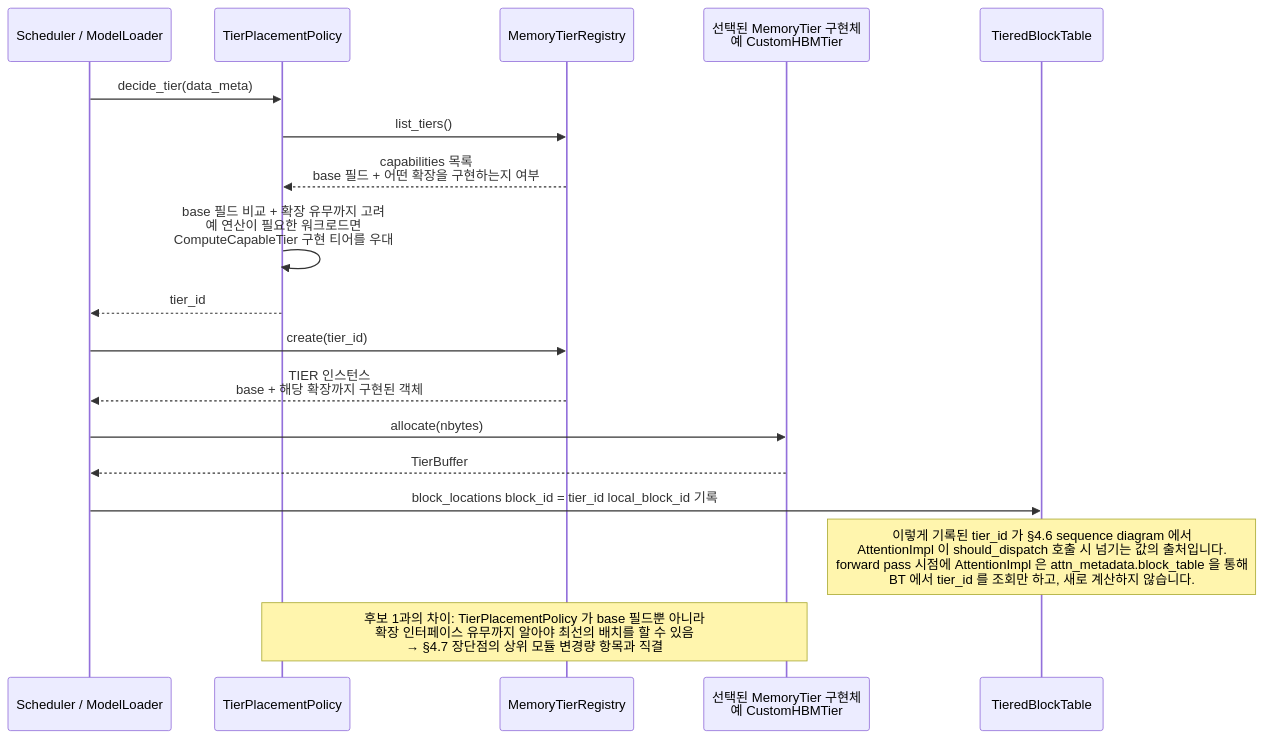
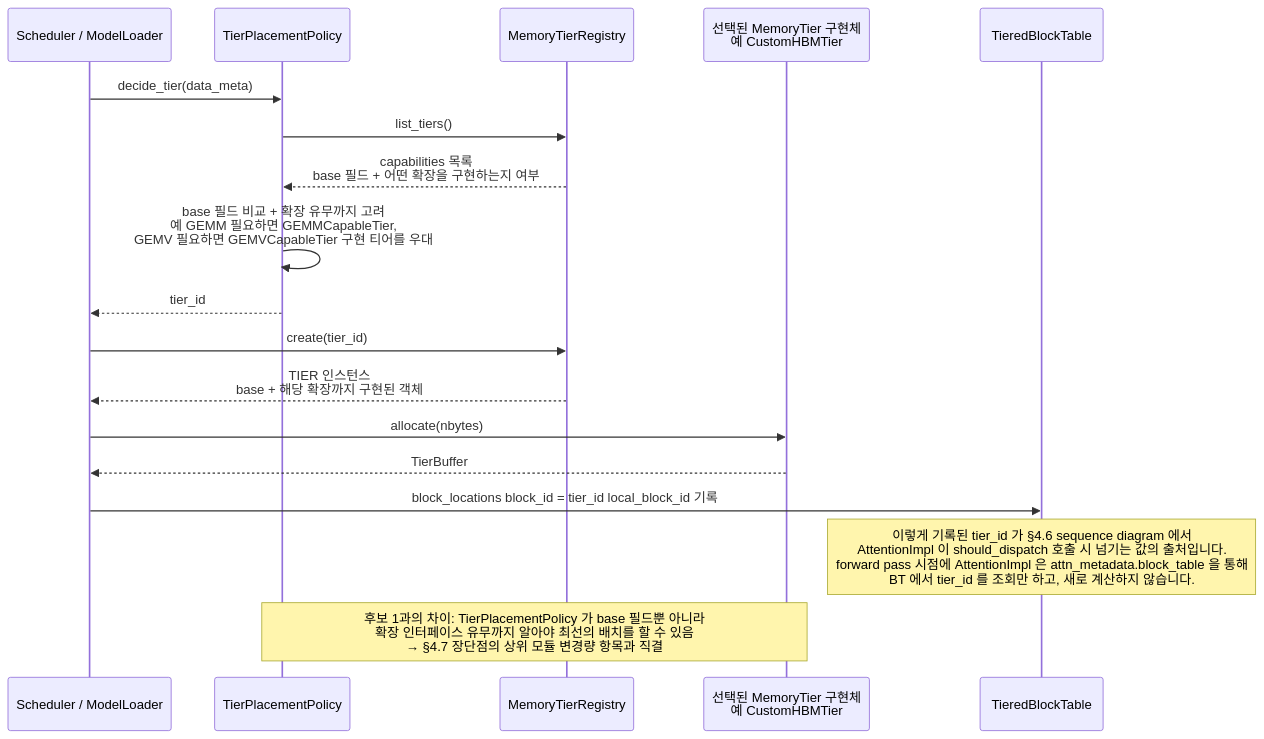
One commit to mkim0628/vllm changed the eighth of 10 diagrams in doc-mk/vllm-memory-abstraction-level-candidates.md. Above: the diagram before and after it, drawn with Mermaid. The commit also changed other lines of this file, not shown here.

````diff
--- a/doc-mk/vllm-memory-abstraction-level-candidates.md
+++ b/doc-mk/vllm-memory-abstraction-level-candidates.md
@@ -528,23 +661,23 @@
 ```mermaid
 sequenceDiagram
     participant CALLER as Scheduler / ModelLoader
     participant TPP as TierPlacementPolicy
     participant REG as MemoryTierRegistry
     participant TIER as 선택된 MemoryTier 구현체<br/>예 CustomHBMTier
     participant BT as TieredBlockTable
 
     CALLER->>TPP: decide_tier(data_meta)
     TPP->>REG: list_tiers()
     REG-->>TPP: capabilities 목록<br/>base 필드 + 어떤 확장을 구현하는지 여부
-    TPP->>TPP: base 필드 비교 + 확장 유무까지 고려<br/>예 연산이 필요한 워크로드면<br/>ComputeCapableTier 구현 티어를 우대
+    TPP->>TPP: base 필드 비교 + 확장 유무까지 고려<br/>예 GEMM 필요하면 GEMMCapableTier,<br/>GEMV 필요하면 GEMVCapableTier 구현 티어를 우대
     TPP-->>CALLER: tier_id
     CALLER->>REG: create(tier_id)
     REG-->>CALLER: TIER 인스턴스<br/>base + 해당 확장까지 구현된 객체
     CALLER->>TIER: allocate(nbytes)
     TIER-->>CALLER: TierBuffer
     CALLER->>BT: block_locations block_id = tier_id local_block_id 기록
 
     Note over BT: 이렇게 기록된 tier_id 가 §4.6 sequence diagram 에서<br/>AttentionImpl 이 should_dispatch 호출 시 넘기는 값의 출처입니다.<br/>forward pass 시점에 AttentionImpl 은 attn_metadata.block_table 을 통해<br/>BT 에서 tier_id 를 조회만 하고, 새로 계산하지 않습니다.
 
     Note over TPP,TIER: 후보 1과의 차이: TierPlacementPolicy 가 base 필드뿐 아니라<br/>확장 인터페이스 유무까지 알아야 최선의 배치를 할 수 있음<br/>→ §4.7 장단점의 상위 모듈 변경량 항목과 직결
 ```
````
